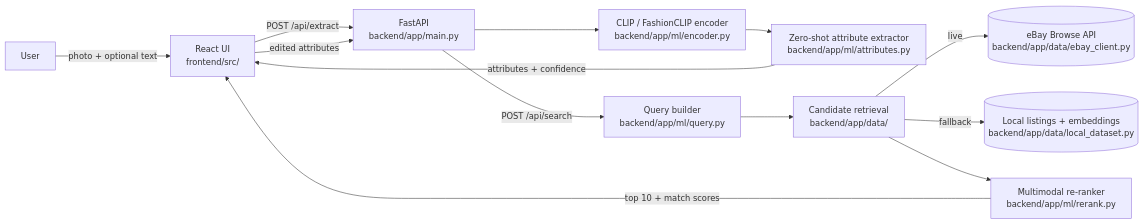
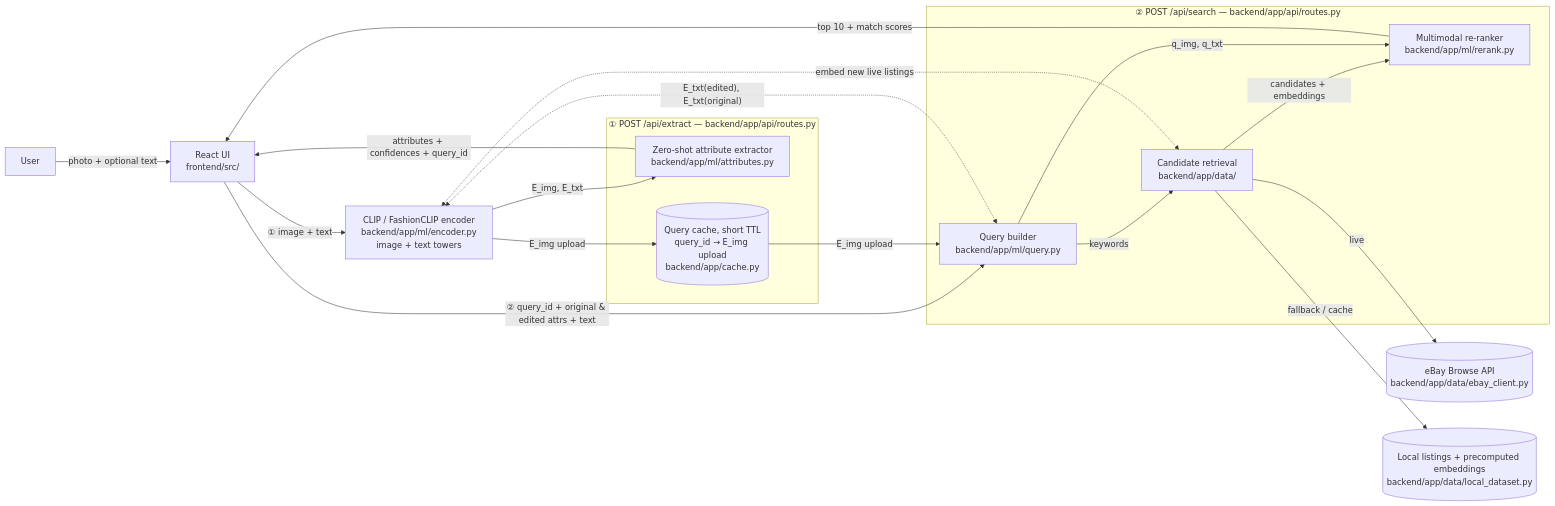
The diagram in docs/ARCHITECTURE.md (stephkmn/thrift-finder), drawn with Mermaid before and after one commit. The commit also changed 2 other files, not shown here.

Commit message:
S1-10: fix architecture diagram (query cache, encoder reuse, re-ranker inputs) and repo map

````diff
--- a/docs/ARCHITECTURE.md
+++ b/docs/ARCHITECTURE.md
@@ -9,15 +9,33 @@
 ```mermaid
 flowchart LR
   U[User] -->|photo + optional text| FE[React UI<br/>frontend/src/]
-  FE -->|POST /api/extract| API[FastAPI<br/>backend/app/main.py]
-  API --> ENC[CLIP / FashionCLIP encoder<br/>backend/app/ml/encoder.py]
-  ENC --> ATTR[Zero-shot attribute extractor<br/>backend/app/ml/attributes.py]
-  ATTR -->|attributes + confidence| FE
-  FE -->|edited attributes| API
-  API -->|POST /api/search| QB[Query builder<br/>backend/app/ml/query.py]
-  QB --> RET[Candidate retrieval<br/>backend/app/data/]
+
+  ENC[CLIP / FashionCLIP encoder<br/>backend/app/ml/encoder.py<br/>image + text towers]
+
+  subgraph EXTRACT["① POST /api/extract — backend/app/api/routes.py"]
+    ATTR[Zero-shot attribute extractor<br/>backend/app/ml/attributes.py]
+    CACHE[(Query cache, short TTL<br/>query_id → E_img upload<br/>backend/app/cache.py)]
+  end
+
+  subgraph SEARCH["② POST /api/search — backend/app/api/routes.py"]
+    QB[Query builder<br/>backend/app/ml/query.py]
+    RET[Candidate retrieval<br/>backend/app/data/]
+    RR[Multimodal re-ranker<br/>backend/app/ml/rerank.py]
+  end
+
+  FE -->|"① image + text"| ENC
+  ENC -->|"E_img, E_txt"| ATTR
+  ENC -->|E_img upload| CACHE
+  ATTR -->|"attributes + confidences + query_id"| FE
+
+  FE -->|"② query_id + original & edited attrs + text"| QB
+  CACHE -->|E_img upload| QB
+  QB <-.->|"E_txt(edited), E_txt(original)"| ENC
+  QB -->|keywords| RET
   RET -->|live| EBAY[(eBay Browse API<br/>backend/app/data/ebay_client.py)]
-  RET -->|fallback| DS[(Local listings + embeddings<br/>backend/app/data/local_dataset.py)]
-  RET --> RR[Multimodal re-ranker<br/>backend/app/ml/rerank.py]
+  RET -->|"fallback / cache"| DS[(Local listings + precomputed embeddings<br/>backend/app/data/local_dataset.py)]
+  RET <-.->|embed new live listings| ENC
+  RET -->|candidates + embeddings| RR
+  QB -->|"q_img, q_txt"| RR
   RR -->|top 10 + match scores| FE
 ```
````
